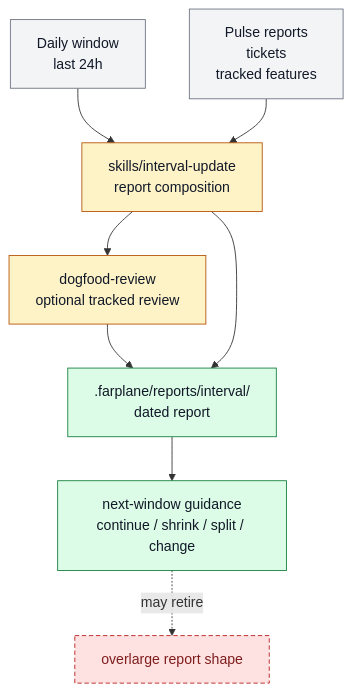
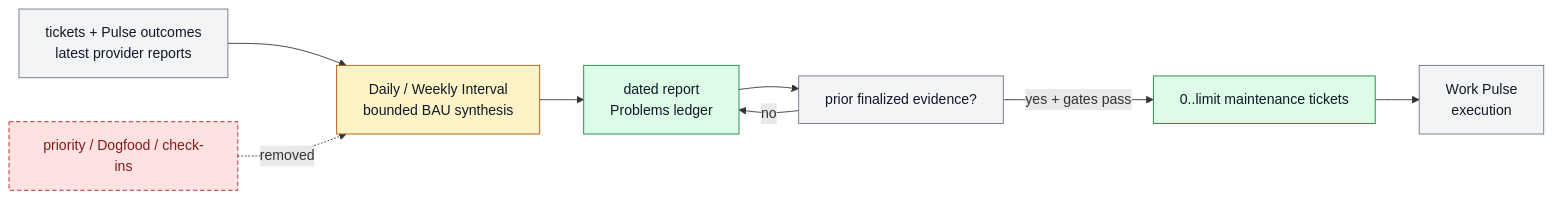
The diagram in docs/features/FEAT-0067-daily-interval-review-reports.md (ZanarkandTechnologies/Farplane), drawn with Mermaid before and after one commit. The commit also changed other lines of this file and 84 other files, not shown here.

Commit message:
refactor(automation): split pulse reporting and improvement lanes

````diff
--- a/docs/features/FEAT-0067-daily-interval-review-reports.md
+++ b/docs/features/FEAT-0067-daily-interval-review-reports.md
@@ -102,23 +108,21 @@
 ```mermaid
-flowchart TD
+flowchart LR
   classDef keep fill:#f3f4f6,stroke:#6b7280,color:#111827
   classDef changed fill:#fef3c7,stroke:#b45309,color:#111827
   classDef added fill:#dcfce7,stroke:#15803d,color:#111827
   classDef retired fill:#fee2e2,stroke:#b91c1c,color:#7f1d1d,stroke-dasharray: 5 3
 
-  window["Daily window<br/>last 24h"]:::keep
-  interval["skills/interval-update<br/>report composition"]:::changed
-  inputs["Pulse reports<br/>tickets<br/>tracked features"]:::keep
-  dogfood["dogfood-review<br/>optional tracked review"]:::changed
-  report[".farplane/reports/interval/<br/>dated report"]:::added
-  guidance["next-window guidance<br/>continue / shrink / split / change"]:::added
-  noisy["overlarge report shape"]:::retired
+  evidence["tickets + Pulse outcomes<br/>latest provider reports"]:::keep
+  interval["Daily / Weekly Interval<br/>bounded BAU synthesis"]:::changed
+  report["dated report<br/>Problems ledger"]:::added
+  prior["prior finalized evidence?"]:::keep
+  maintenance["0..limit maintenance tickets"]:::added
+  pulse["Work Pulse<br/>execution"]:::keep
+  planning["priority / Dogfood / check-ins"]:::retired
 
-  window --> interval
-  inputs --> interval
-  interval --> dogfood
-  dogfood --> report
-  interval --> report
-  report --> guidance
-  guidance -. may retire .-> noisy
+  evidence --> interval --> report
+  report --> prior
+  prior -->|"yes + gates pass"| maintenance --> pulse
+  prior -->|"no"| report
+  planning -. removed .-> interval
 ```
````
